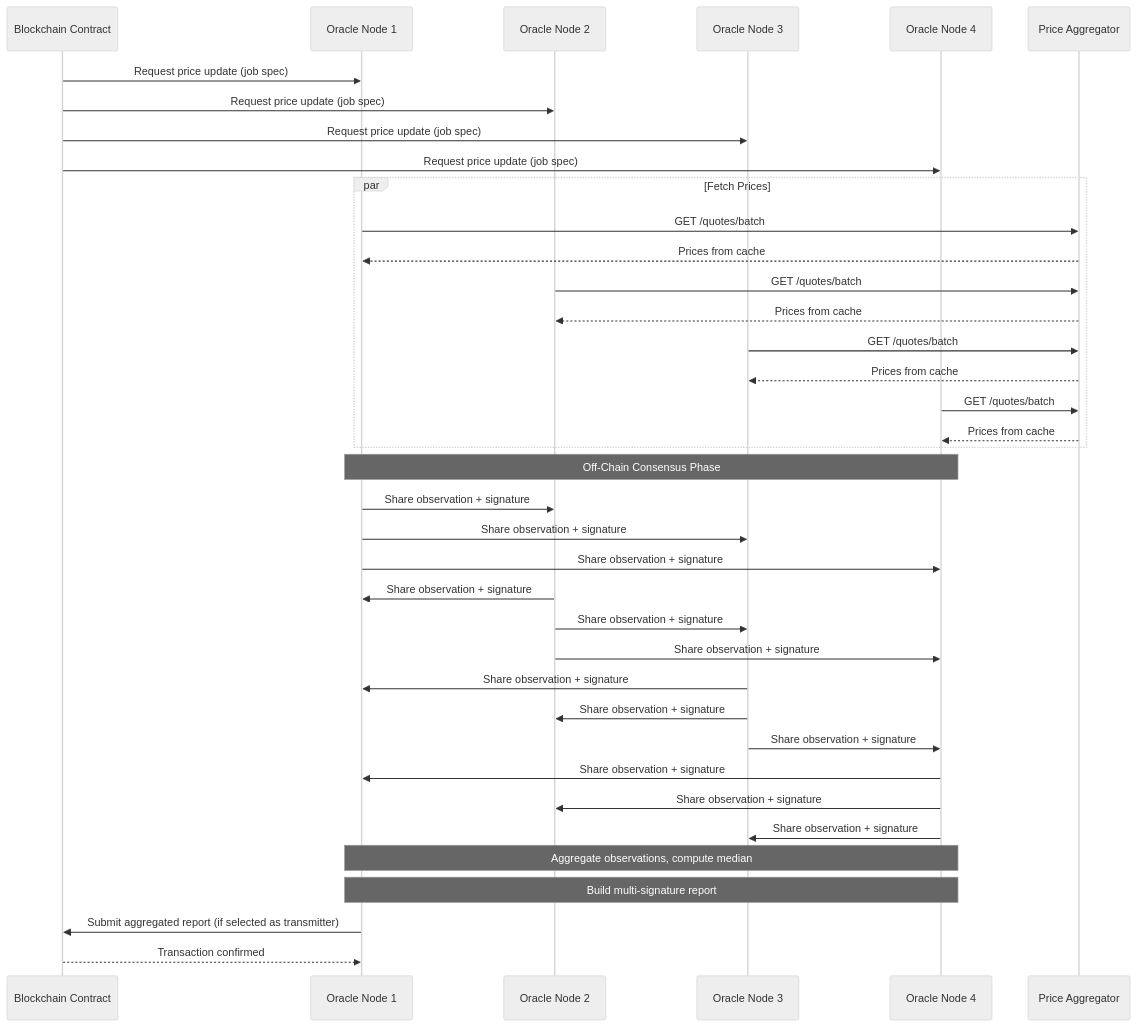
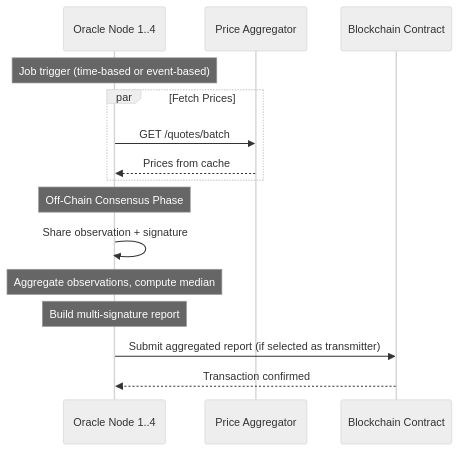
One commit to Super-Protocol/chainlink changed the fourth of 9 diagrams in docs/ARCHITECTURE.md. Above: the diagram before and after it, drawn with Mermaid (neutral theme). The commit also changed other lines of this file and 11 other files, not shown here.

````diff
--- a/docs/ARCHITECTURE.md
+++ b/docs/ARCHITECTURE.md
@@ -292,45 +299,22 @@
 ```mermaid
 sequenceDiagram
-    participant BC as Blockchain Contract
-    participant O1 as Oracle Node 1
-    participant O2 as Oracle Node 2
-    participant O3 as Oracle Node 3
-    participant O4 as Oracle Node 4
-    participant PA as Price Aggregator
+  participant O1 as Oracle Node 1..4
+  participant PA as Price Aggregator
+  participant BC as Blockchain Contract
 
-    BC->>O1: Request price update (job spec)
-    BC->>O2: Request price update (job spec)
-    BC->>O3: Request price update (job spec)
-    BC->>O4: Request price update (job spec)
+  Note over O1: Job trigger (time-based or event-based)
 
-    par Fetch Prices
-        O1->>PA: GET /quotes/batch
-        PA-->>O1: Prices from cache
-        O2->>PA: GET /quotes/batch
-        PA-->>O2: Prices from cache
-        O3->>PA: GET /quotes/batch
-        PA-->>O3: Prices from cache
-        O4->>PA: GET /quotes/batch
-        PA-->>O4: Prices from cache
-    end
+  par Fetch Prices
+    O1->>PA: GET /quotes/batch
+    PA-->>O1: Prices from cache
+  end
 
-    Note over O1,O4: Off-Chain Consensus Phase
-    O1->>O2: Share observation + signature
-    O1->>O3: Share observation + signature
-    O1->>O4: Share observation + signature
-    O2->>O1: Share observation + signature
-    O2->>O3: Share observation + signature
-    O2->>O4: Share observation + signature
-    O3->>O1: Share observation + signature
-    O3->>O2: Share observation + signature
-    O3->>O4: Share observation + signature
-    O4->>O1: Share observation + signature
-    O4->>O2: Share observation + signature
-    O4->>O3: Share observation + signature
+  Note over O1: Off-Chain Consensus Phase
+  O1->>O1: Share observation + signature
 
-    Note over O1,O4: Aggregate observations, compute median
-    Note over O1,O4: Build multi-signature report
+  Note over O1: Aggregate observations, compute median
+  Note over O1: Build multi-signature report
 
-    O1->>BC: Submit aggregated report (if selected as transmitter)
-    BC-->>O1: Transaction confirmed
+  O1->>BC: Submit aggregated report (if selected as transmitter)
+  BC-->>O1: Transaction confirmed
 ```
````
